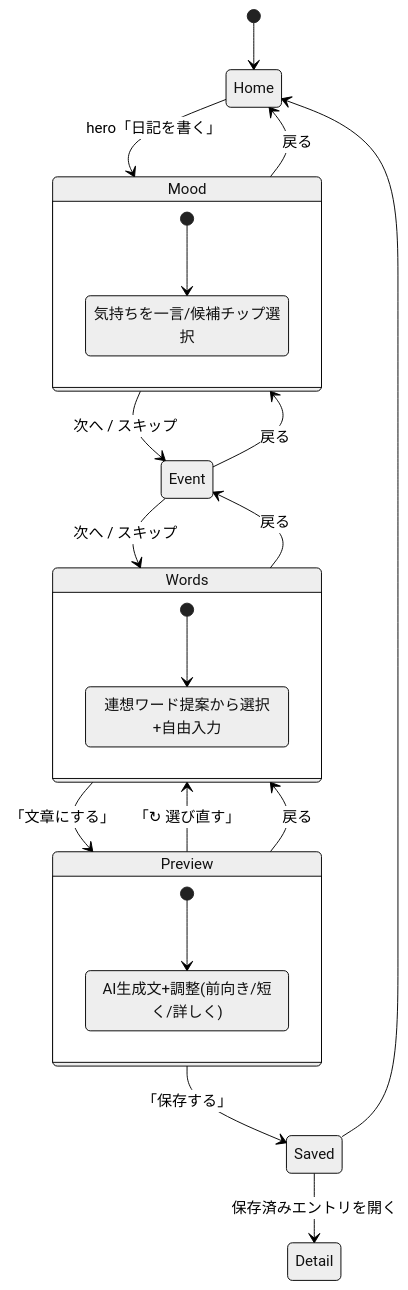
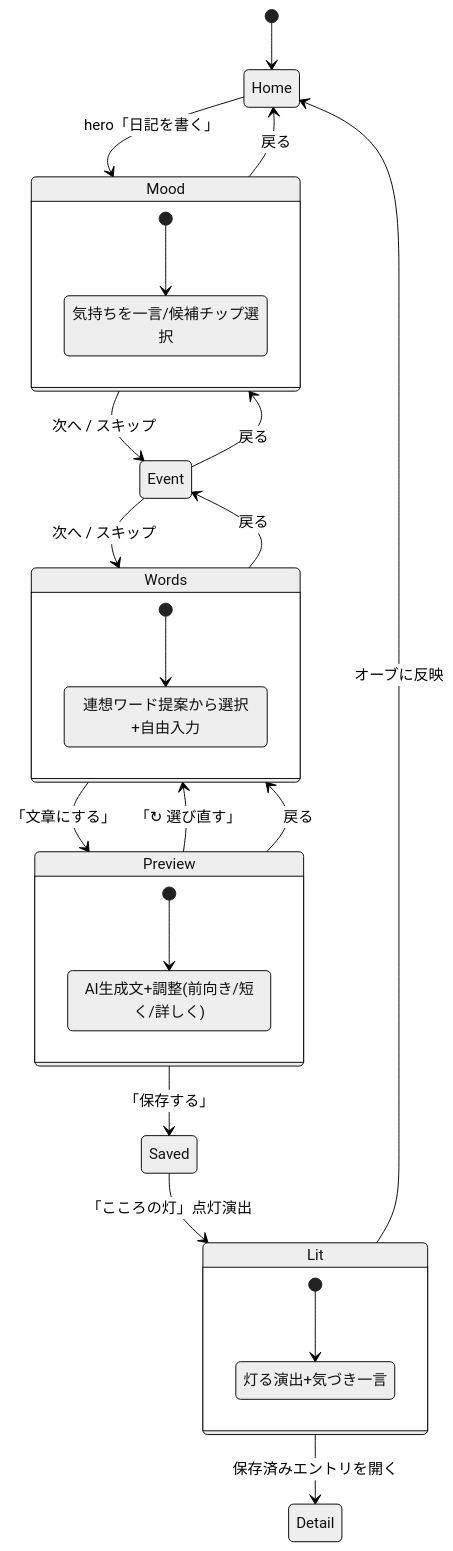
One commit to KierkegaalL/tasogare-diary changed the second of 5 diagrams in docs/design/basic-design.md. Above: the diagram before and after it, drawn with Mermaid (neutral theme). The commit also changed other lines of this file and 2 other files, not shown here.

````diff
--- a/docs/design/basic-design.md
+++ b/docs/design/basic-design.md
@@ -120,20 +120,22 @@
 ```mermaid
 stateDiagram-v2
   [*] --> Home
   Home --> Mood: hero「日記を書く」
   Mood --> Event: 次へ / スキップ
   Event --> Words: 次へ / スキップ
   Words --> Preview: 「文章にする」
   Preview --> Saved: 「保存する」
   Preview --> Words: 「↻ 選び直す」
   Mood --> Home: 戻る
   Event --> Mood: 戻る
   Words --> Event: 戻る
   Preview --> Words: 戻る
-  Saved --> Home
-  Saved --> Detail: 保存済みエントリを開く
+  Saved --> Lit: 「こころの灯」点灯演出
+  Lit --> Home: オーブに反映
+  Lit --> Detail: 保存済みエントリを開く
 
   state Mood { [*] --> 気持ちを一言/候補チップ選択 }
   state Words { [*] --> 連想ワード提案から選択+自由入力 }
   state Preview { [*] --> AI生成文+調整(前向き/短く/詳しく) }
+  state Lit { [*] --> 灯る演出+気づき一言 }
 ```
````
